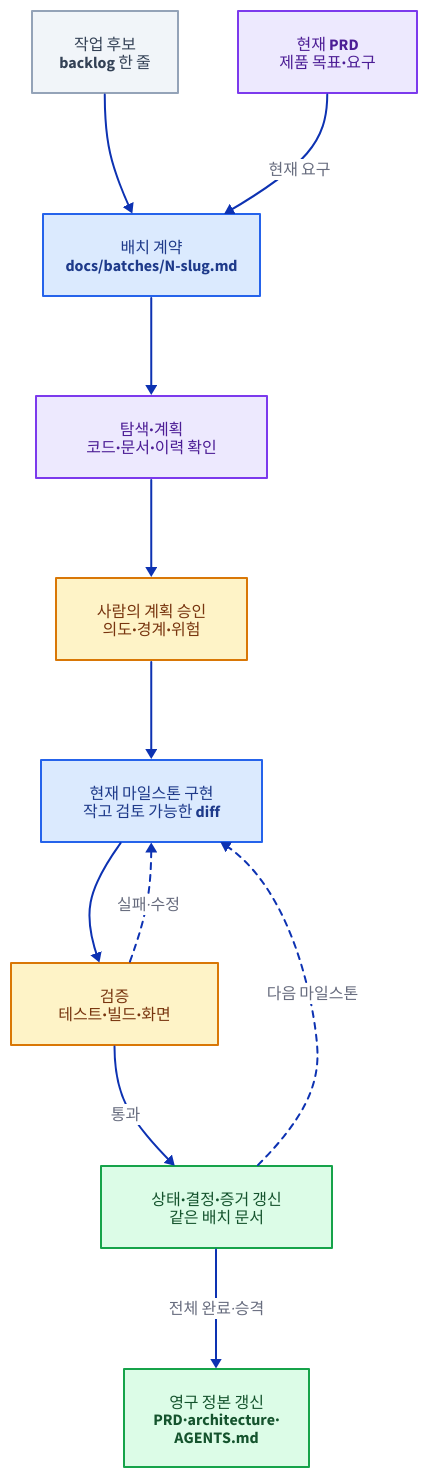
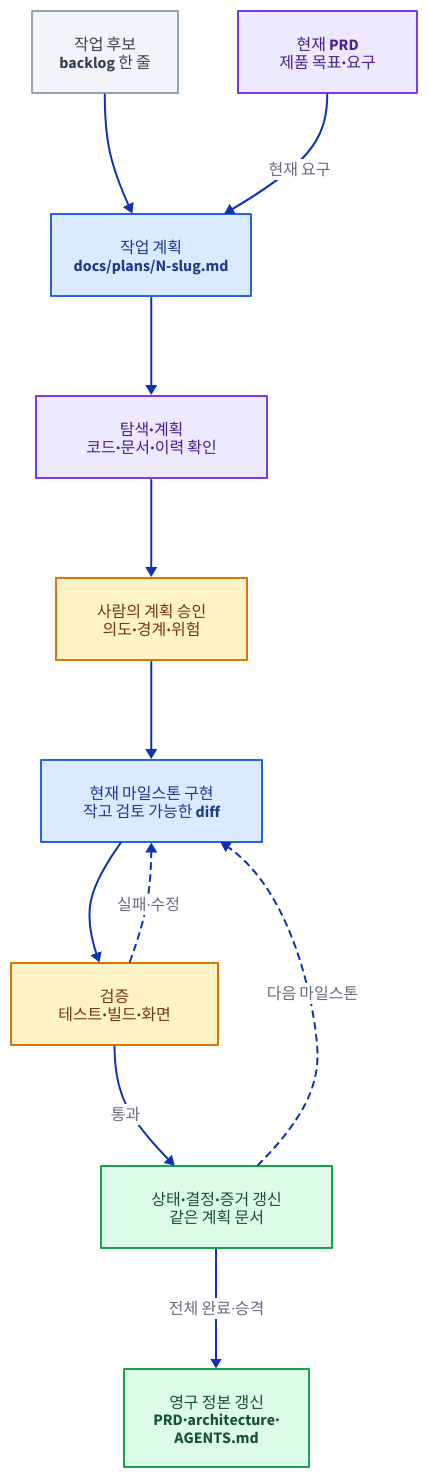
The diagram in src/content/docs/coding-agents/01-development-process.mdx (mechurak/study-starlight), drawn with D2 before and after one commit. The commit also changed other lines of this file and 3 other files, not shown here.

````diff
--- a/src/content/docs/coding-agents/01-development-process.mdx
+++ b/src/content/docs/coding-agents/01-development-process.mdx
@@ -41,32 +41,32 @@
-```d2 layout=elk pad=40 title="현재 PRD와 backlog에서 로컬 배치 계약을 만들고 마일스톤 구현·검증 뒤 영구 정본을 갱신하는 흐름"
+```d2 layout=elk pad=40 title="현재 PRD와 backlog에서 로컬 작업 계획을 만들고 마일스톤 구현·검증 뒤 영구 정본을 갱신하는 흐름"
 direction: down
 
 classes: {
   key: { style: { fill: "#dbeafe"; stroke: "#2563eb"; font-color: "#1e3a8a" } }
   ok: { style: { fill: "#dcfce7"; stroke: "#16a34a"; font-color: "#14532d" } }
   warn: { style: { fill: "#fef3c7"; stroke: "#d97706"; font-color: "#78350f" } }
   mute: { style: { fill: "#f1f5f9"; stroke: "#94a3b8"; font-color: "#334155" } }
   zone: { style: { fill: "#ede9fe"; stroke: "#7c3aed"; font-color: "#4c1d95" } }
 }
 
 candidate: "작업 후보\nbacklog 한 줄" { class: mute }
 prd: "현재 PRD\n제품 목표·요구" { class: zone }
-batch: "배치 계약\ndocs/batches/N-slug.md" { class: key }
+work: "작업 계획\ndocs/plans/N-slug.md" { class: key }
 plan: "탐색·계획\n코드·문서·이력 확인" { class: zone }
 approve: "사람의 계획 승인\n의도·경계·위험" { class: warn }
 implement: "현재 마일스톤 구현\n작고 검토 가능한 diff" { class: key }
 verify: "검증\n테스트·빌드·화면" { class: warn }
-record: "상태·결정·증거 갱신\n같은 배치 문서" { class: ok }
+record: "상태·결정·증거 갱신\n같은 계획 문서" { class: ok }
 close: "영구 정본 갱신\nPRD·architecture·\nAGENTS.md" { class: ok }
 
-candidate -> batch
-prd -> batch: 현재 요구
-batch -> plan
+candidate -> work
+prd -> work: 현재 요구
+work -> plan
 plan -> approve
 approve -> implement
 implement -> verify
 verify -> implement: 실패·수정 { style.stroke-dash: 3 }
 verify -> record: 통과
 record -> implement: 다음 마일스톤 { style.stroke-dash: 3 }
 record -> close: 전체 완료·승격
 ```
````
